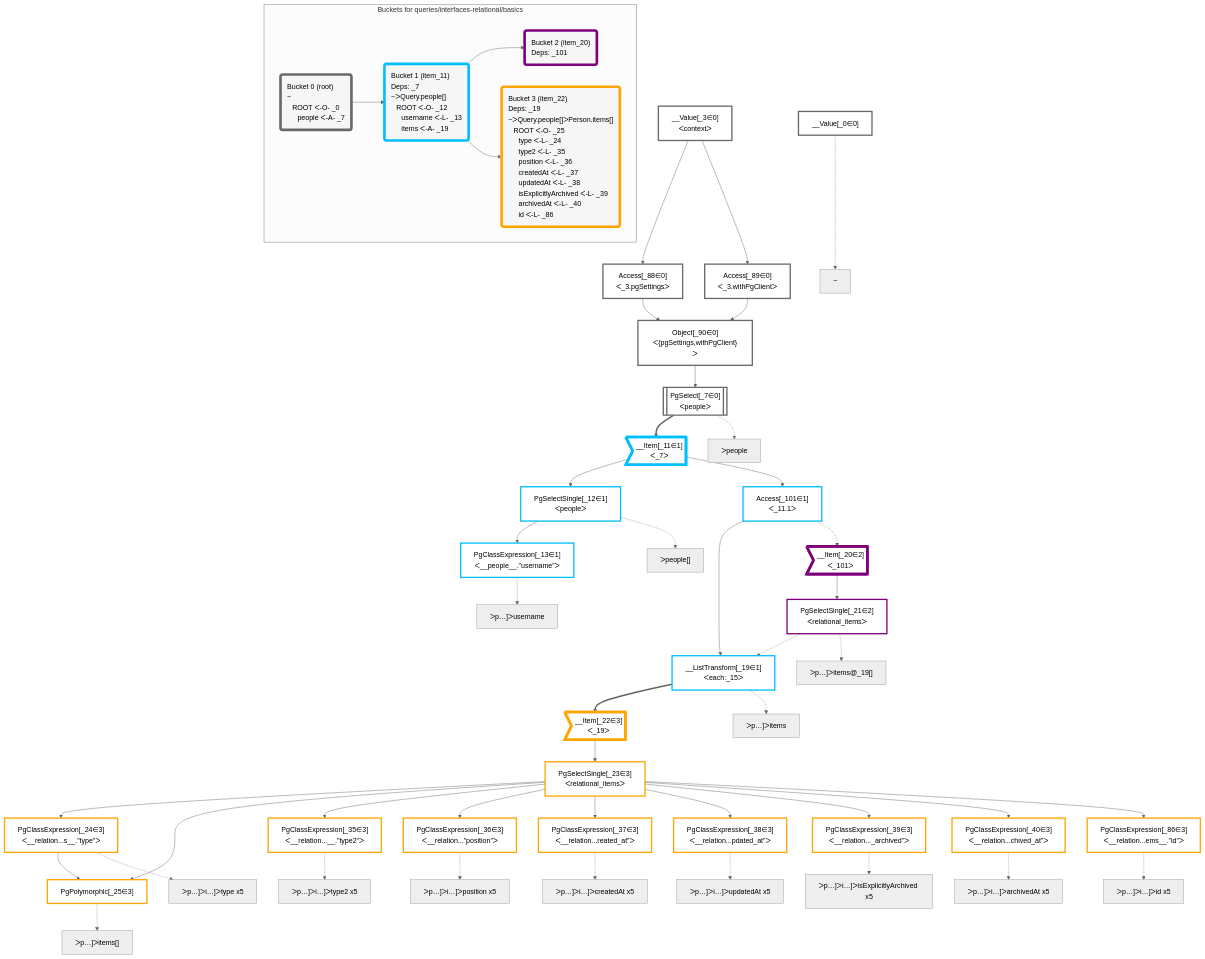
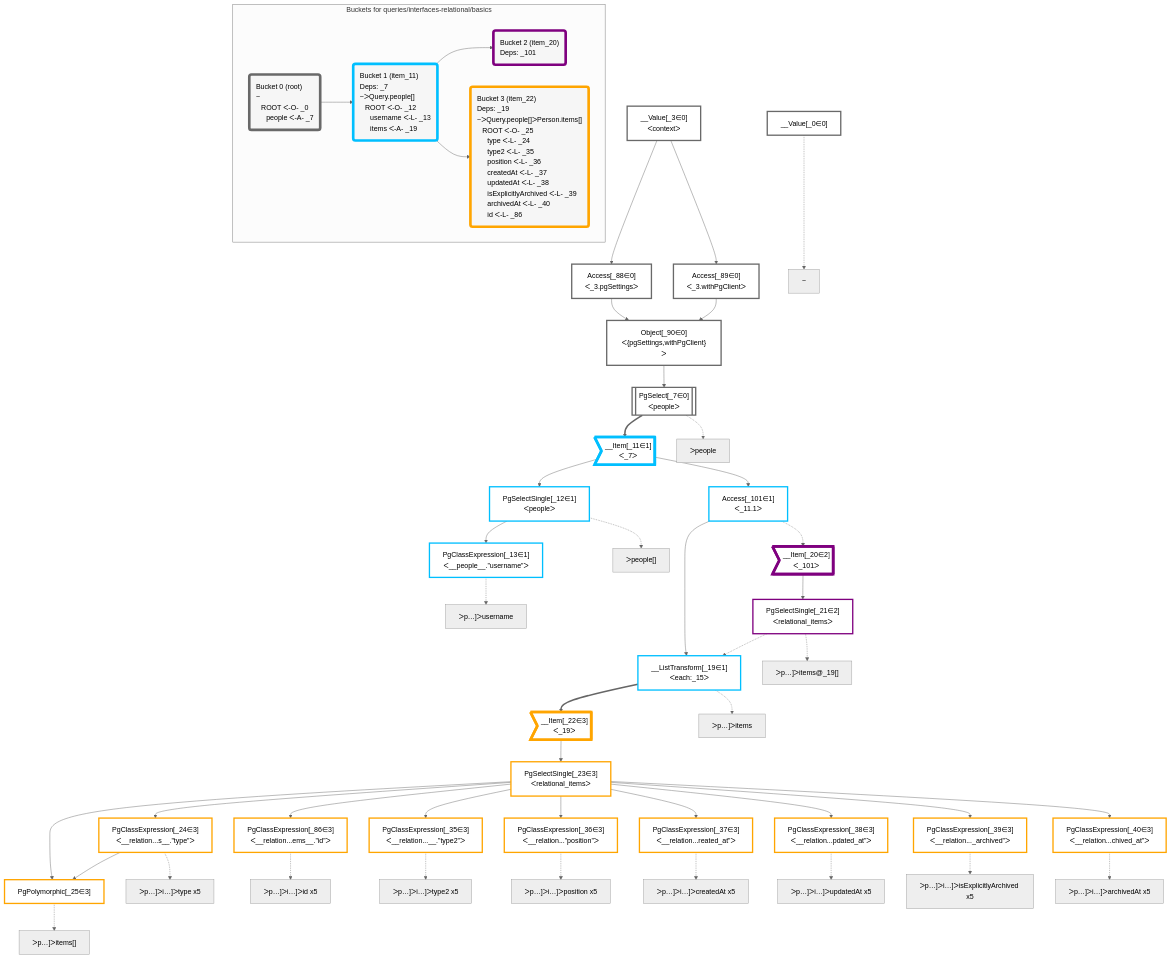
Before and after one commit to graphile/crystal: the diagram in packages/dataplan-pg/__tests__/queries/interfaces-relational/basics.mermaid.md, drawn with Mermaid (neutral theme). The commit also changed other lines of this file and 195 other files, not shown here.

```diff
--- a/packages/dataplan-pg/__tests__/queries/interfaces-relational/basics.mermaid.md
+++ b/packages/dataplan-pg/__tests__/queries/interfaces-relational/basics.mermaid.md
@@ -9,54 +9,54 @@
 
     %% define plans
     __Value_0["__Value[_0∈0]"]:::plan
-    __Value_3["__Value[_3∈0]<br />ᐸcontextᐳ"]:::plan
-    PgSelect_7[["PgSelect[_7∈0]<br />ᐸpeopleᐳ"]]:::plan
-    __Item_11>"__Item[_11∈1]<br />ᐸ_7ᐳ"]:::itemplan
+    PgClassExpression_13["PgClassExpression[_13∈1]<br />ᐸ__people__.”username”ᐳ"]:::plan
     PgSelectSingle_12["PgSelectSingle[_12∈1]<br />ᐸpeopleᐳ"]:::plan
-    PgClassExpression_13["PgClassExpression[_13∈1]<br />ᐸ__people__.”username”ᐳ"]:::plan
-    __ListTransform_19["__ListTransform[_19∈1]<br />ᐸeach:_15ᐳ"]:::plan
-    __Item_20>"__Item[_20∈2]<br />ᐸ_101ᐳ"]:::itemplan
-    PgSelectSingle_21["PgSelectSingle[_21∈2]<br />ᐸrelational_itemsᐳ"]:::plan
-    __Item_22>"__Item[_22∈3]<br />ᐸ_19ᐳ"]:::itemplan
-    PgSelectSingle_23["PgSelectSingle[_23∈3]<br />ᐸrelational_itemsᐳ"]:::plan
+    PgPolymorphic_25["PgPolymorphic[_25∈3]"]:::plan
     PgClassExpression_24["PgClassExpression[_24∈3]<br />ᐸ__relation...s__.”type”ᐳ"]:::plan
-    PgPolymorphic_25["PgPolymorphic[_25∈3]"]:::plan
+    PgClassExpression_86["PgClassExpression[_86∈3]<br />ᐸ__relation...ems__.”id”ᐳ"]:::plan
     PgClassExpression_35["PgClassExpression[_35∈3]<br />ᐸ__relation...__.”type2”ᐳ"]:::plan
     PgClassExpression_36["PgClassExpression[_36∈3]<br />ᐸ__relation...”position”ᐳ"]:::plan
     PgClassExpression_37["PgClassExpression[_37∈3]<br />ᐸ__relation...reated_at”ᐳ"]:::plan
     PgClassExpression_38["PgClassExpression[_38∈3]<br />ᐸ__relation...pdated_at”ᐳ"]:::plan
     PgClassExpression_39["PgClassExpression[_39∈3]<br />ᐸ__relation..._archived”ᐳ"]:::plan
     PgClassExpression_40["PgClassExpression[_40∈3]<br />ᐸ__relation...chived_at”ᐳ"]:::plan
-    PgClassExpression_86["PgClassExpression[_86∈3]<br />ᐸ__relation...ems__.”id”ᐳ"]:::plan
+    PgSelectSingle_23["PgSelectSingle[_23∈3]<br />ᐸrelational_itemsᐳ"]:::plan
+    __Item_22>"__Item[_22∈3]<br />ᐸ_19ᐳ"]:::itemplan
+    __ListTransform_19["__ListTransform[_19∈1]<br />ᐸeach:_15ᐳ"]:::plan
+    PgSelectSingle_21["PgSelectSingle[_21∈2]<br />ᐸrelational_itemsᐳ"]:::plan
+    __Item_20>"__Item[_20∈2]<br />ᐸ_101ᐳ"]:::itemplan
+    Access_101["Access[_101∈1]<br />ᐸ_11.1ᐳ"]:::plan
+    __Item_11>"__Item[_11∈1]<br />ᐸ_7ᐳ"]:::itemplan
+    PgSelect_7[["PgSelect[_7∈0]<br />ᐸpeopleᐳ"]]:::plan
+    Object_90["Object[_90∈0]<br />ᐸ{pgSettings,withPgClient}ᐳ"]:::plan
     Access_88["Access[_88∈0]<br />ᐸ_3.pgSettingsᐳ"]:::plan
     Access_89["Access[_89∈0]<br />ᐸ_3.withPgClientᐳ"]:::plan
-    Object_90["Object[_90∈0]<br />ᐸ{pgSettings,withPgClient}ᐳ"]:::plan
-    Access_101["Access[_101∈1]<br />ᐸ_11.1ᐳ"]:::plan
+    __Value_3["__Value[_3∈0]<br />ᐸcontextᐳ"]:::plan
 
     %% plan dependencies
-    Object_90 --> PgSelect_7
-    PgSelect_7 ==> __Item_11
+    PgSelectSingle_12 --> PgClassExpression_13
     __Item_11 --> PgSelectSingle_12
-    PgSelectSingle_12 --> PgClassExpression_13
-    Access_101 --> __ListTransform_19
-    PgSelectSingle_21 -.-> __ListTransform_19
-    Access_101 -.-> __Item_20
-    __Item_20 --> PgSelectSingle_21
-    __ListTransform_19 ==> __Item_22
-    __Item_22 --> PgSelectSingle_23
+    PgSelectSingle_23 & PgClassExpression_24 --> PgPolymorphic_25
     PgSelectSingle_23 --> PgClassExpression_24
-    PgSelectSingle_23 & PgClassExpression_24 --> PgPolymorphic_25
+    PgSelectSingle_23 --> PgClassExpression_86
     PgSelectSingle_23 --> PgClassExpression_35
     PgSelectSingle_23 --> PgClassExpression_36
     PgSelectSingle_23 --> PgClassExpression_37
     PgSelectSingle_23 --> PgClassExpression_38
     PgSelectSingle_23 --> PgClassExpression_39
     PgSelectSingle_23 --> PgClassExpression_40
-    PgSelectSingle_23 --> PgClassExpression_86
+    __Item_22 --> PgSelectSingle_23
+    __ListTransform_19 ==> __Item_22
+    Access_101 --> __ListTransform_19
+    PgSelectSingle_21 -.-> __ListTransform_19
+    __Item_20 --> PgSelectSingle_21
+    Access_101 -.-> __Item_20
+    __Item_11 --> Access_101
+    PgSelect_7 ==> __Item_11
+    Object_90 --> PgSelect_7
+    Access_88 & Access_89 --> Object_90
     __Value_3 --> Access_88
     __Value_3 --> Access_89
-    Access_88 & Access_89 --> Object_90
-    __Item_11 --> Access_101
 
     %% plan-to-path relationships
     P_0["~"]
```
